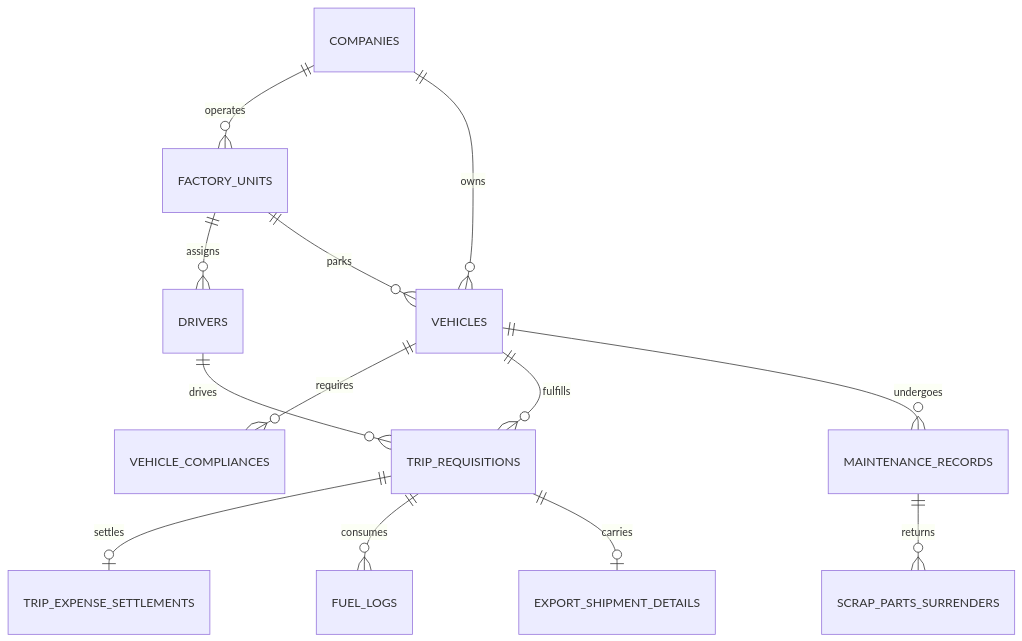
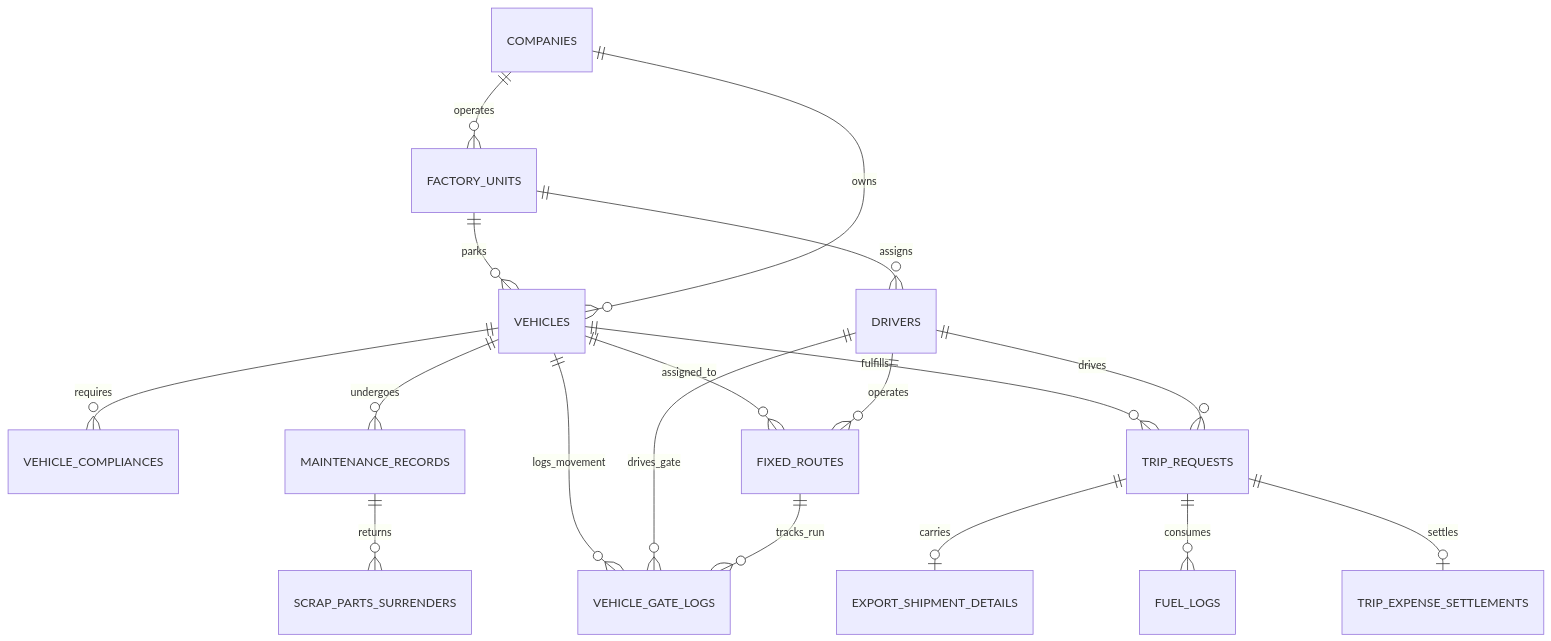
Before and after one commit to sayem-hub/vfms: the third of 3 diagrams in docs/architecture_and_implementation_plan.md, drawn with Mermaid. The commit also changed other lines of this file and 1 other file, not shown here.

Commit message:
Align and update architecture blueprint and tasks list with Fixed Movement and Digital Daily Logbook

````diff
--- a/docs/architecture_and_implementation_plan.md
+++ b/docs/architecture_and_implementation_plan.md
@@ -133,15 +133,20 @@
 ```mermaid
 erDiagram
     COMPANIES ||--o{ FACTORY_UNITS : operates
     FACTORY_UNITS ||--o{ DRIVERS : assigns
     FACTORY_UNITS ||--o{ VEHICLES : parks
     COMPANIES ||--o{ VEHICLES : owns
     VEHICLES ||--o{ VEHICLE_COMPLIANCES : requires
-    VEHICLES ||--o{ TRIP_REQUISITIONS : fulfills
-    DRIVERS ||--o{ TRIP_REQUISITIONS : drives
-    TRIP_REQUISITIONS ||--o| TRIP_EXPENSE_SETTLEMENTS : settles
-    TRIP_REQUISITIONS ||--o{ FUEL_LOGS : consumes
-    TRIP_REQUISITIONS ||--o| EXPORT_SHIPMENT_DETAILS : carries
+    VEHICLES ||--o{ TRIP_REQUESTS : fulfills
+    DRIVERS ||--o{ TRIP_REQUESTS : drives
+    TRIP_REQUESTS ||--o| TRIP_EXPENSE_SETTLEMENTS : settles
+    TRIP_REQUESTS ||--o{ FUEL_LOGS : consumes
+    TRIP_REQUESTS ||--o| EXPORT_SHIPMENT_DETAILS : carries
+    VEHICLES ||--o{ FIXED_ROUTES : assigned_to
+    DRIVERS ||--o{ FIXED_ROUTES : operates
+    VEHICLES ||--o{ VEHICLE_GATE_LOGS : logs_movement
+    DRIVERS ||--o{ VEHICLE_GATE_LOGS : drives_gate
+    FIXED_ROUTES ||--o{ VEHICLE_GATE_LOGS : tracks_run
     VEHICLES ||--o{ MAINTENANCE_RECORDS : undergoes
     MAINTENANCE_RECORDS ||--o{ SCRAP_PARTS_SURRENDERS : returns
 ```
````
